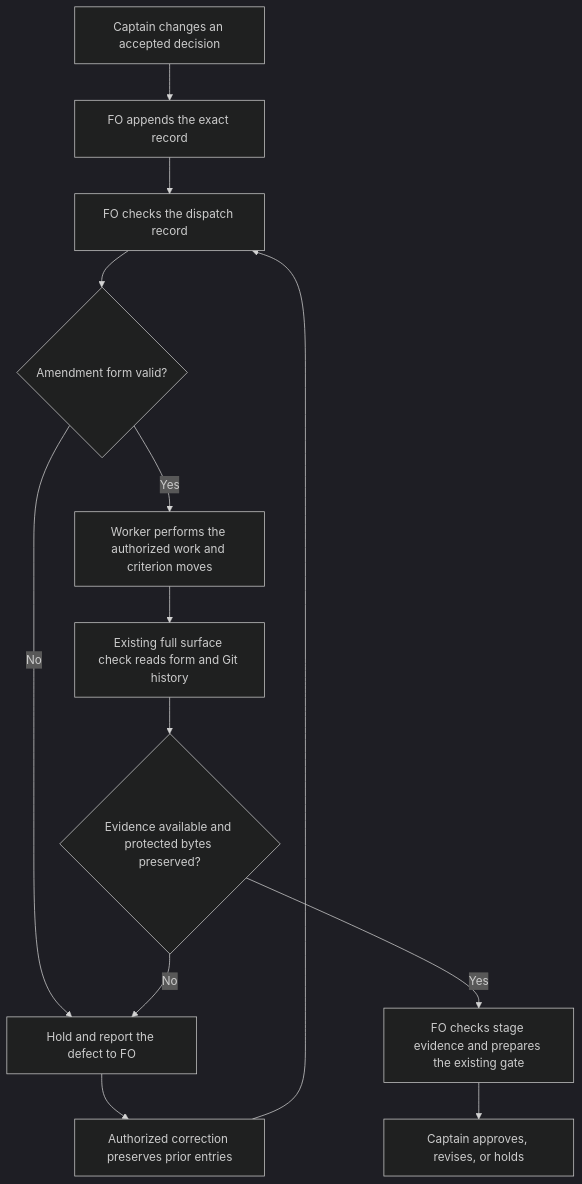
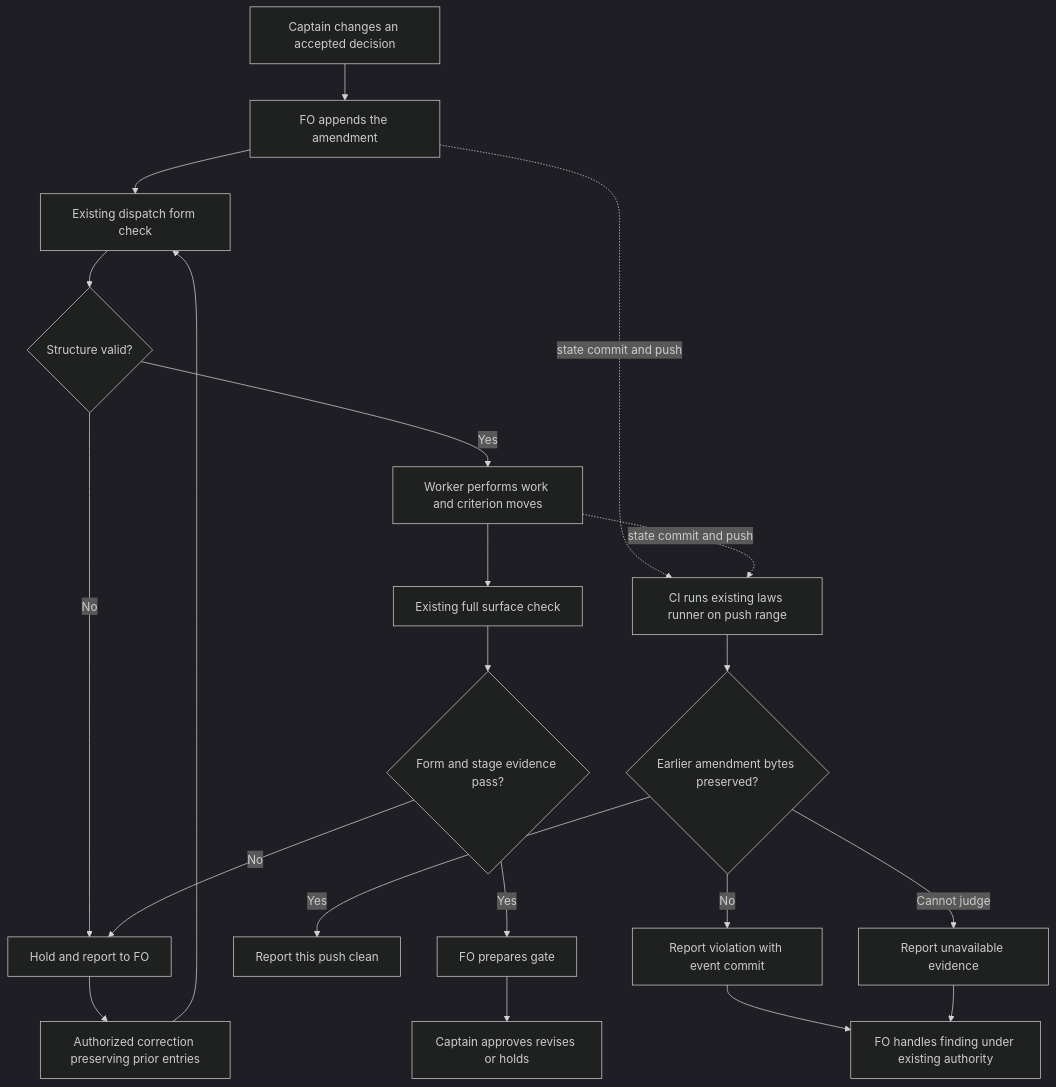
The diagram in captain-amendment-form-checked.md (iamcxa/kc-claude-plugins), drawn with Mermaid (dark theme) before and after one commit. The commit also changed other lines of this file, not shown here.

Commit message:
docs(kc-dev-flow-2): revise amendment design to reuse history laws

````diff
--- a/captain-amendment-form-checked.md
+++ b/captain-amendment-form-checked.md
@@ -110,15 +112,23 @@
 ```mermaid
 flowchart TD
-    A[Captain changes an accepted decision] --> B[FO appends the exact record]
-    B --> C[FO checks the dispatch record]
-    C --> D{Amendment form valid?}
-    D -->|No| H[Hold and report the defect to FO]
-    D -->|Yes| E[Worker performs the authorized work and criterion moves]
-    E --> F[Existing full surface check reads form and Git history]
-    F --> G{Evidence available and protected bytes preserved?}
+    A[Captain changes an accepted decision] --> B[FO appends the amendment]
+    B --> C[Existing dispatch form check]
+    C --> D{Structure valid?}
+    D -->|No| H[Hold and report to FO]
+    D -->|Yes| E[Worker performs work and criterion moves]
+    E --> F[Existing full surface check]
+    F --> G{Form and stage evidence pass?}
     G -->|No| H
-    G -->|Yes| I[FO checks stage evidence and prepares the existing gate]
-    I --> J[Captain approves, revises, or holds]
-    H --> K[Authorized correction preserves prior entries]
-    K --> C
+    G -->|Yes| I[FO prepares gate]
+    I --> J[Captain approves revises or holds]
+    B -. state commit and push .-> K[CI runs existing laws runner on push range]
+    E -. state commit and push .-> K
+    K --> L{Earlier amendment bytes preserved?}
+    L -->|Yes| M[Report this push clean]
+    L -->|No| N[Report violation with event commit]
+    L -->|Cannot judge| O[Report unavailable evidence]
+    N --> P[FO handles finding under existing authority]
+    O --> P
+    H --> Q[Authorized correction preserving prior entries]
+    Q --> C
 ```
````
